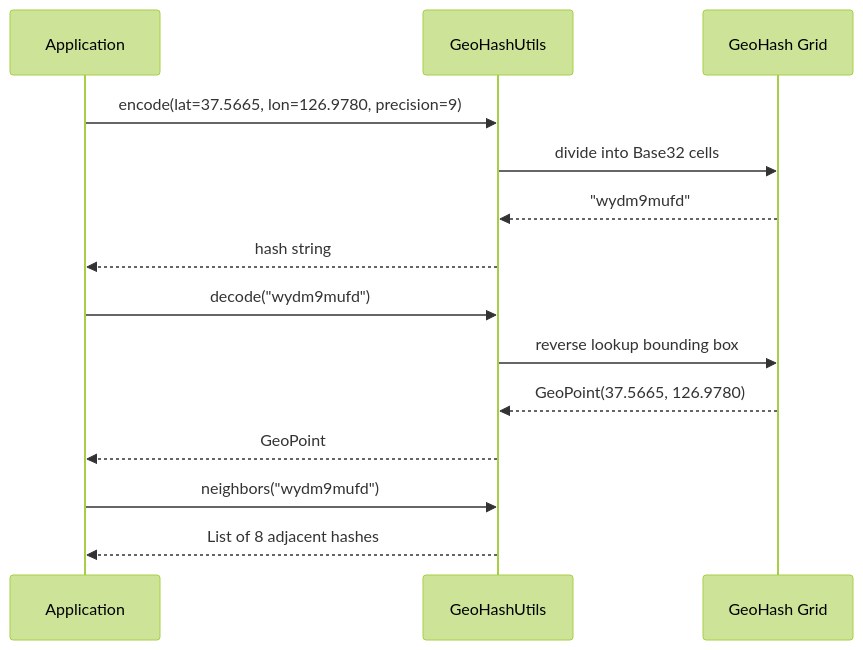
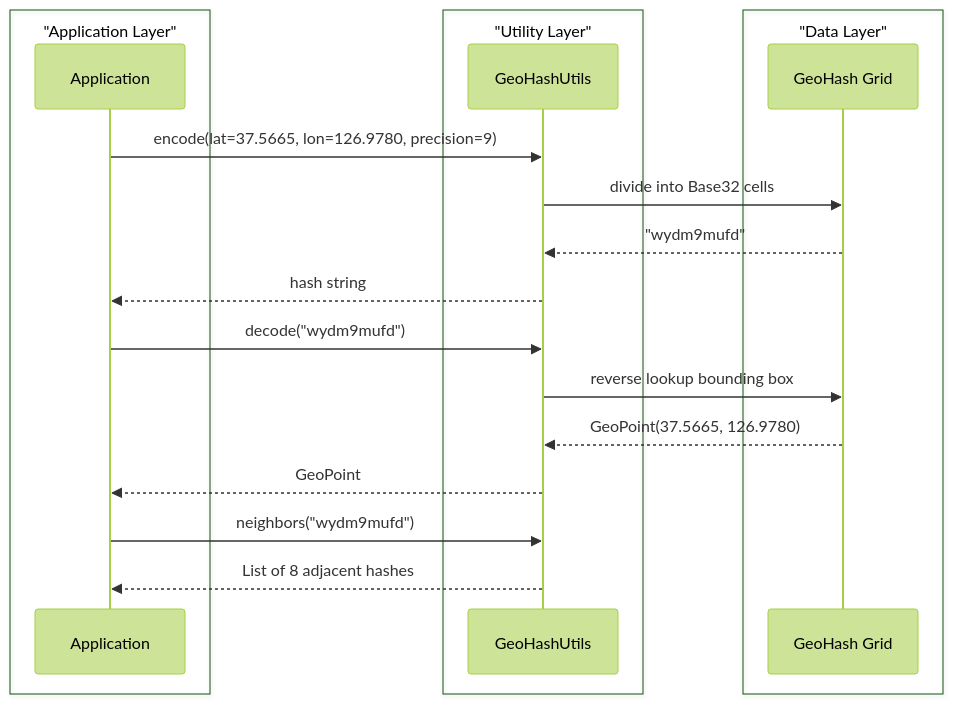
The third of 3 diagrams in utils/geo/README.md (bluetape4k/bluetape4k-projects), drawn with Mermaid (forest theme) before and after one commit. The commit also changed other lines of this file and 221 other files, not shown here.

First line of the commit message:
docs: 전체 모듈 README UML 다이어그램 보강 및 색상 업그레이드

````diff
--- a/utils/geo/README.md
+++ b/utils/geo/README.md
@@ -82,19 +103,29 @@
 ```mermaid
 sequenceDiagram
     participant App as Application
     participant GH as GeoHashUtils
     participant Grid as GeoHash Grid
+
+    box "Application Layer" #E8F5E9
+    participant App as Application
+    end
+    box "Utility Layer" #FFF3E0
+    participant GH as GeoHashUtils
+    end
+    box "Data Layer" #E3F2FD
+    participant Grid as GeoHash Grid
+    end
 
     App->>GH: encode(lat=37.5665, lon=126.9780, precision=9)
     GH->>Grid: divide into Base32 cells
     Grid-->>GH: "wydm9mufd"
     GH-->>App: hash string
 
     App->>GH: decode("wydm9mufd")
     GH->>Grid: reverse lookup bounding box
     Grid-->>GH: GeoPoint(37.5665, 126.9780)
     GH-->>App: GeoPoint
 
     App->>GH: neighbors("wydm9mufd")
     GH-->>App: List of 8 adjacent hashes
 ```
````
